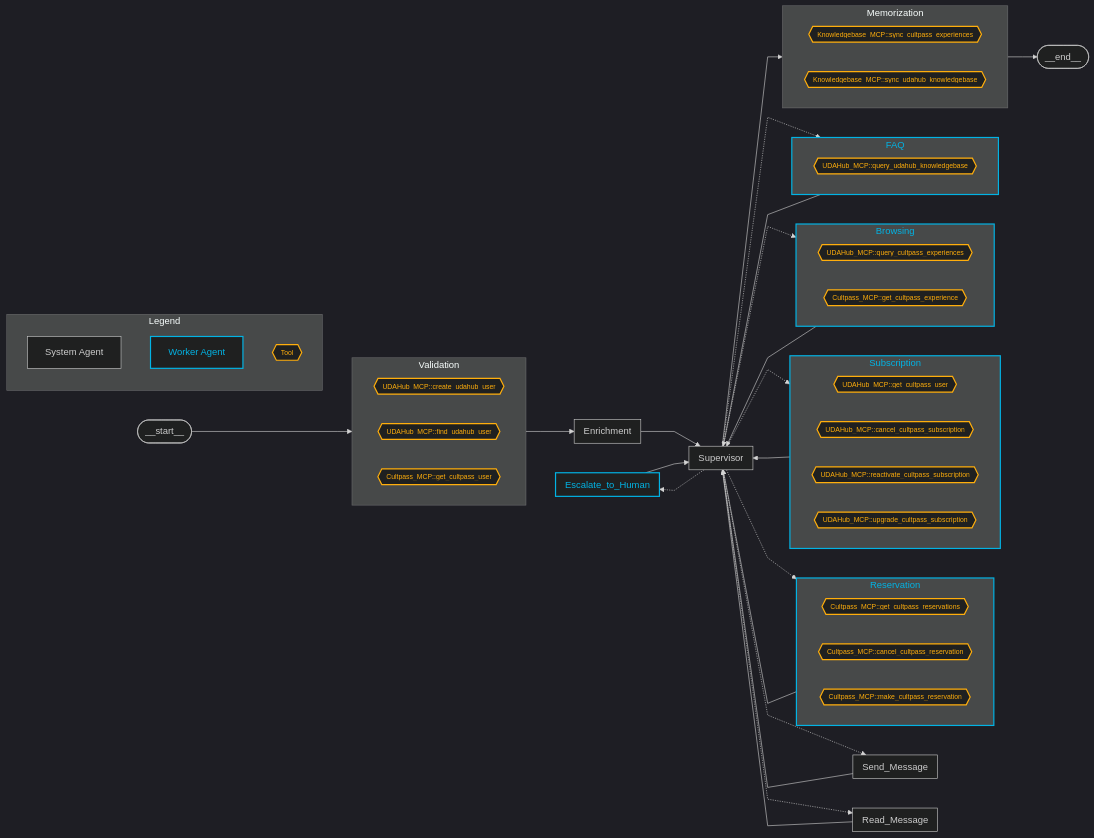
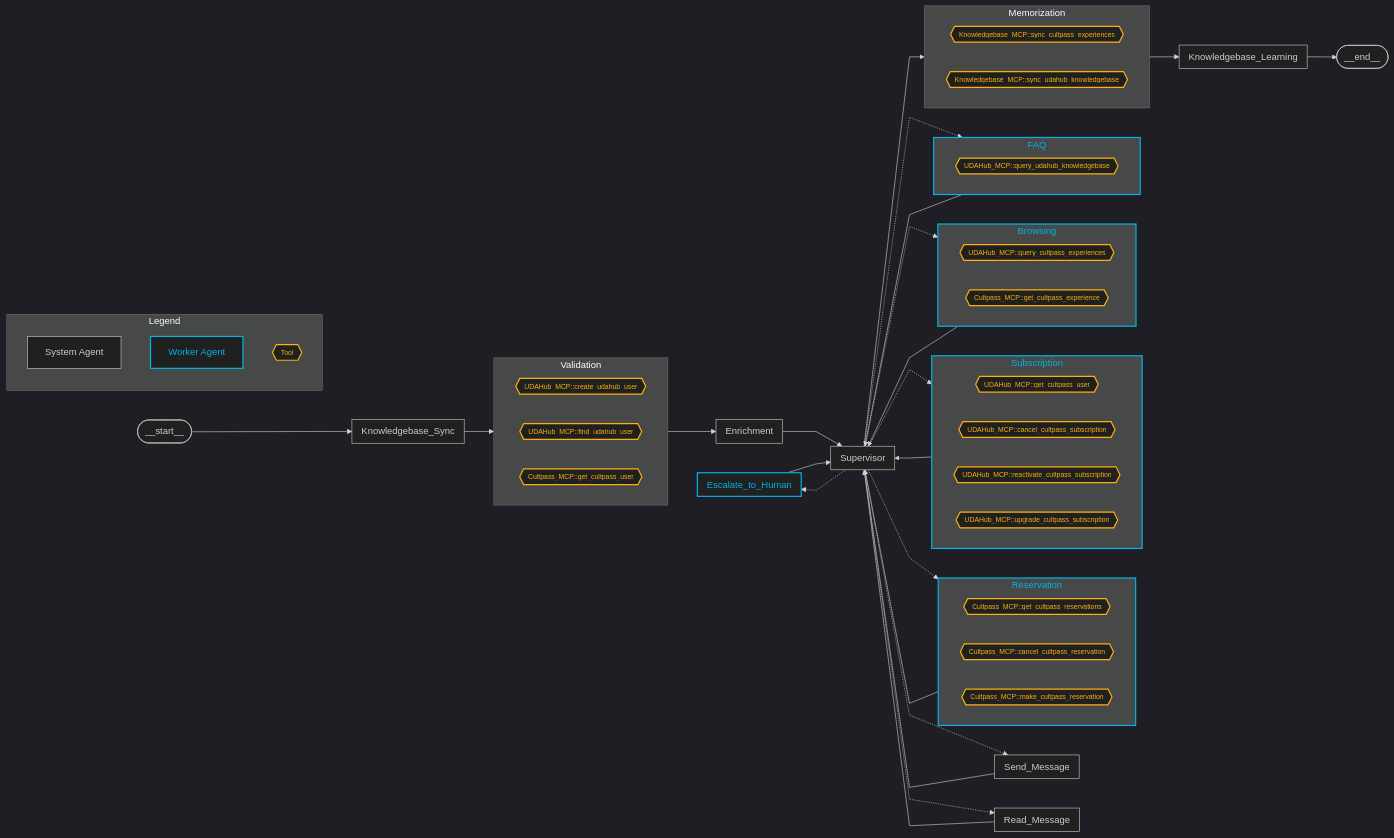
The diagram in starter/agentic/design/README.md (tkober/nd901-agentic-ai-with-langchain-and-langgraph-project-3), drawn with Mermaid before and after one commit. The commit also changed other lines of this file, not shown here.

Commit message:
Updated agentic workflow graph

```diff
--- a/starter/agentic/design/README.md
+++ b/starter/agentic/design/README.md
@@ -11,6 +11,10 @@
 graph LR;
 
     __start__([<p>__start__</p>]):::first
+
+    subgraph Knowledgebase_Sync
+        direction LR    
+    end
 
     subgraph Validation
         direction LR
@@ -77,6 +81,10 @@
         Memorization__sync_udahub_knowledgebase{{Knowledgebase_MCP::sync_udahub_knowledgebase}}:::tool
     end
 
+    subgraph Knowledgebase_Learning
+        direction LR    
+    end
+
     subgraph Legend
         direction TB
 
@@ -88,7 +96,8 @@
     
     __end__([<p>__end__</p>]):::last
 
-    __start__ --> Validation;
+    __start__ --> Knowledgebase_Sync;
+    Knowledgebase_Sync --> Validation;
     Validation --> Enrichment;
     Enrichment --> Supervisor;
 
@@ -114,7 +123,8 @@
     Escalate_to_Human --> Supervisor;
 
     Supervisor --> Memorization;    
-    Memorization --> __end__
+    Memorization --> Knowledgebase_Learning;
+    Knowledgebase_Learning --> __end__;
 
 classDef tool font-size:90%,line-height:1,stroke:#ffae0c,stroke-width:2px,color:#ffae0c;
 
```
